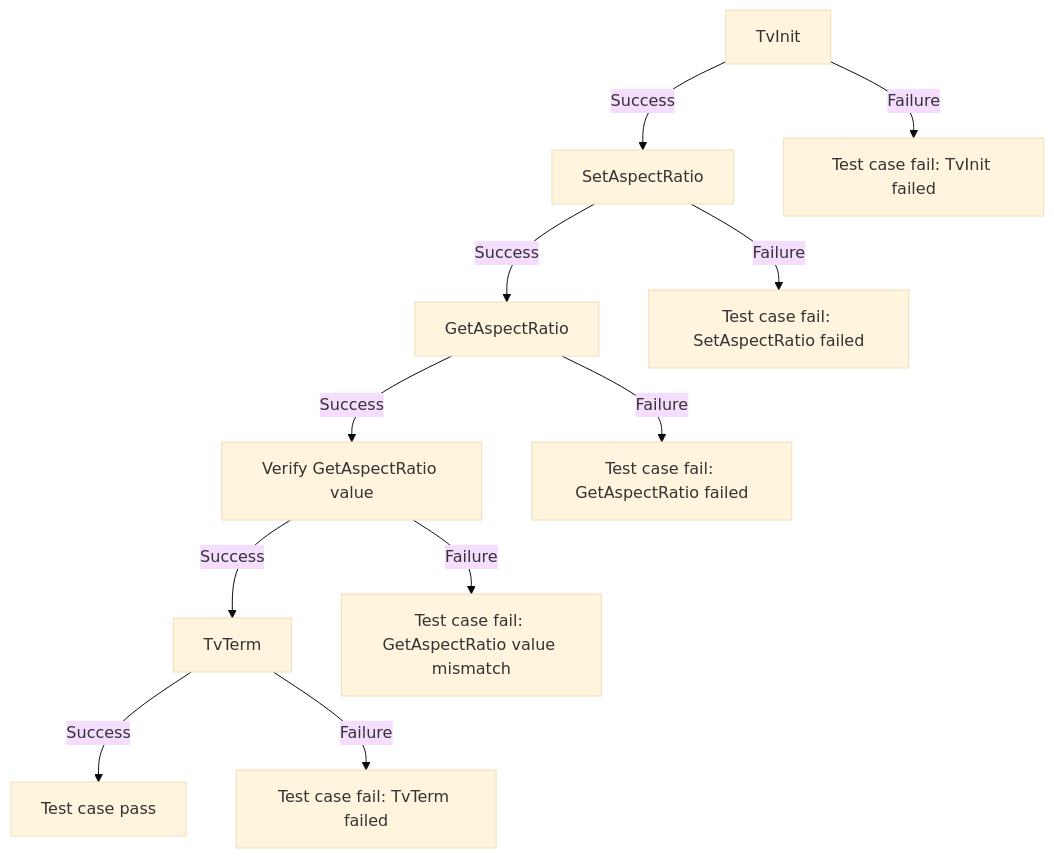
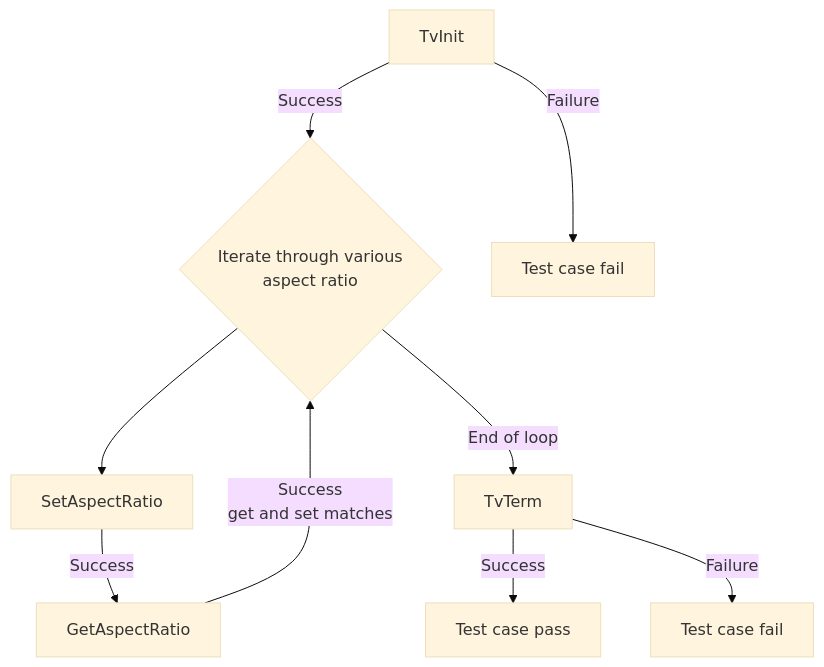
Diagram 19 of 48 in docs/pages/tvSettings_L2_Low-Level_TestSpecification.md (rdkcentral/rdkv-halif-test-tvsettings), drawn with Mermaid (base theme) before and after one commit. The commit also changed other lines of this file and 1 other file, not shown here.

````diff
--- a/docs/pages/tvSettings_L2_Low-Level_TestSpecification.md
+++ b/docs/pages/tvSettings_L2_Low-Level_TestSpecification.md
@@ -901,13 +876,11 @@
 ```mermaid
 graph TB
-    A[TvInit] -->|Success| B[SetAspectRatio]
-    A -->|Failure| A1[Test case fail: TvInit failed]
+    A[TvInit] -->|Success| Loop{Iterate through various <br> aspect ratio}
+    Loop --> B[SetAspectRatio]
+    A -->|Failure| A1[Test case fail]
     B -->|Success| C[GetAspectRatio]
-    B -->|Failure| B1[Test case fail: SetAspectRatio failed]
-    C -->|Success| D[Verify GetAspectRatio value]
-    C -->|Failure| C1[Test case fail: GetAspectRatio failed]
-    D -->|Success| E[TvTerm]
-    D -->|Failure| D1[Test case fail: GetAspectRatio value mismatch]
+    C -->|Success <br> get and set matches| Loop
+    Loop -->|End of loop|E[TvTerm]
     E -->|Success| F[Test case pass]
-    E -->|Failure| E1[Test case fail: TvTerm failed]
+    E -->|Failure| E1[Test case fail]
 ```
````
